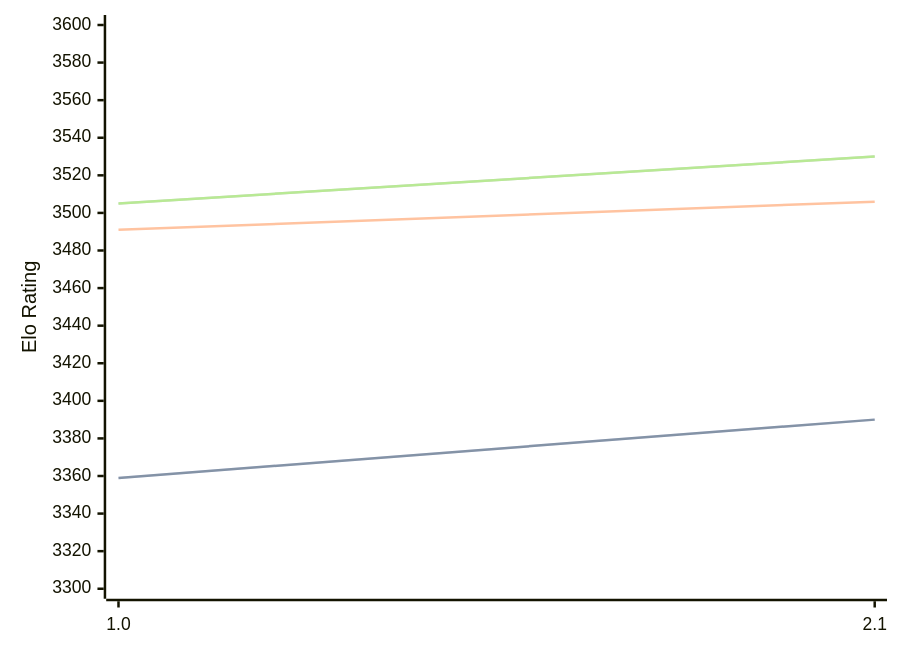
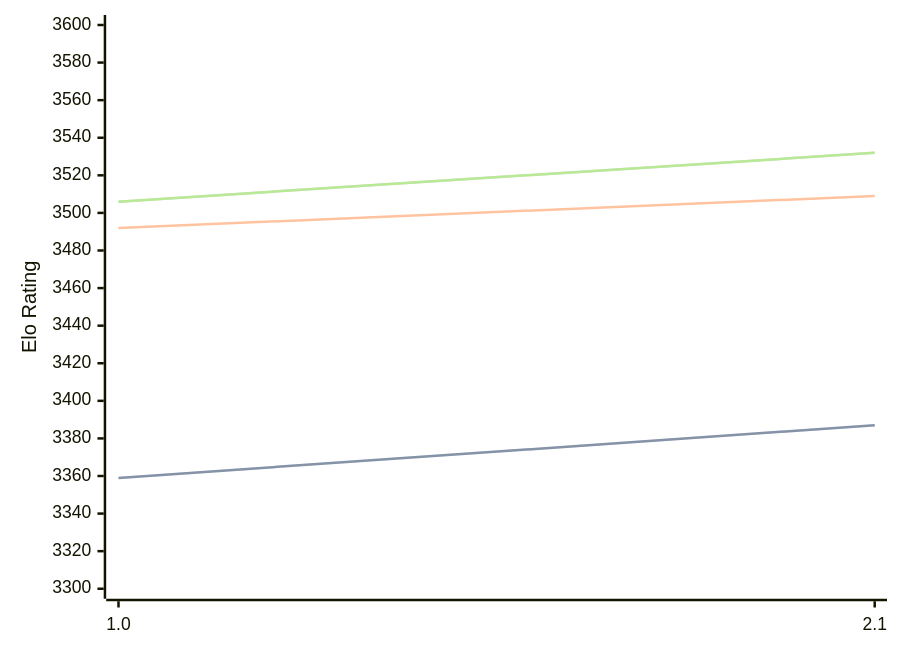
Before and after one commit to computer-chess-index/cci: the third of 3 diagrams in engines/Hobbes.md, drawn with Mermaid. The commit also changed other lines of this file, not shown here.

Commit message:
Update CCI Ratings (ELO VLTC) - 2026-07-02

````diff
--- a/engines/Hobbes.md
+++ b/engines/Hobbes.md
@@ -66,11 +66,11 @@
 ```mermaid
 %%{init: {"theme":"base","themeVariables":{"seriesColors:['#a3a3a3','#222221','#faa371']}}}%%
 xychart-beta
   x-axis ["1.0", "2.1"]
   y-axis "Elo Rating" 3300 --> 3600
-  line "STC (8.0+0.08s)" [3359, 3390]
-  line "STC (8.0+0.08s)" [3359, 3390]
-  line "LTC (60.0+0.60s)" [3491, 3506]
-  line "VLTC (2m24s+1.12s)" [3505, 3530]
-  line "VLTC (2m24s+1.12s)" [3505, 3530]
+  line "STC (8.0+0.08s)" [3359, 3387]
+  line "STC (8.0+0.08s)" [3359, 3387]
+  line "LTC (60.0+0.60s)" [3492, 3509]
+  line "VLTC (2m24s+1.12s)" [3506, 3532]
+  line "VLTC (2m24s+1.12s)" [3506, 3532]
 ```
````
